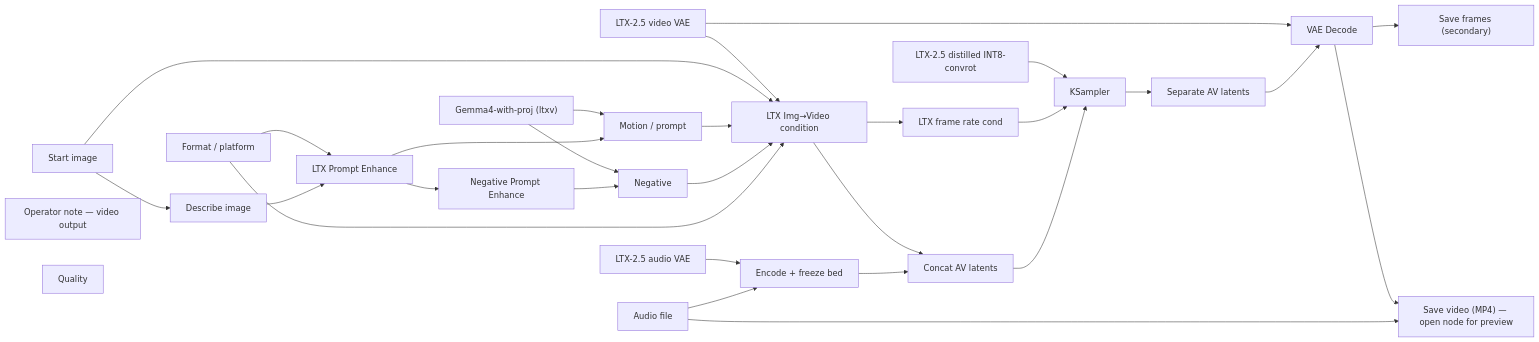
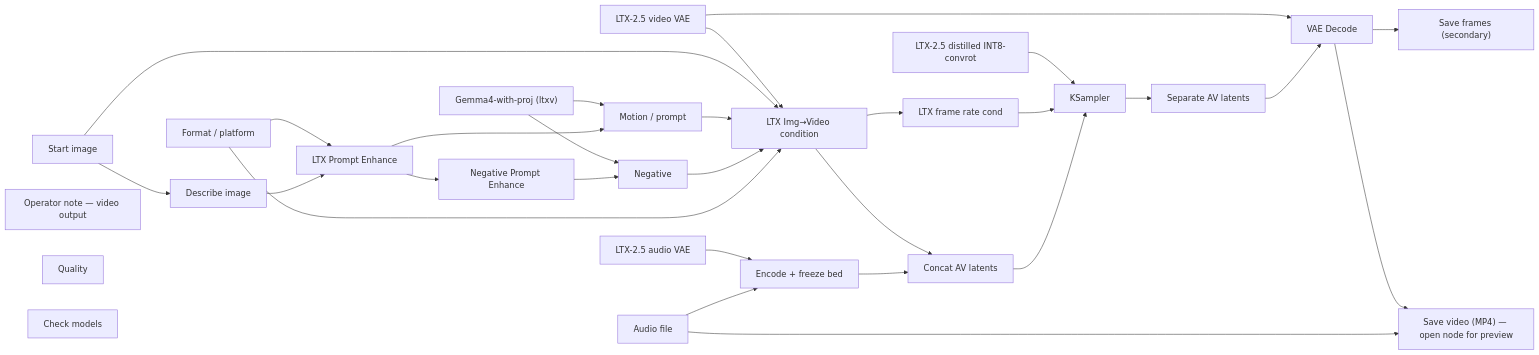
One commit to toxicoder/ez-comfy-stack changed the diagram in docs/generated/workflows/motion/av/audio-to-video-8s.md. Above: the diagram before and after it, drawn with Mermaid. The commit also changed other lines of this file and 1106 other files, not shown here.

First line of the commit message:
feat: add Check models node to every lab App

````diff
--- a/docs/generated/workflows/motion/av/audio-to-video-8s.md
+++ b/docs/generated/workflows/motion/av/audio-to-video-8s.md
@@ -58,53 +58,54 @@
 ```mermaid
 flowchart LR
   N1["LTX-2.5 distilled INT8-convrot"]
   N2["LTX-2.5 video VAE"]
   N3["Gemma4-with-proj (ltxv)"]
   N4["Start image"]
   N5["Motion / prompt"]
   N6["Negative"]
   N7["LTX Img→Video condition"]
   N8["LTX frame rate cond"]
   N9["KSampler"]
   N10["VAE Decode"]
   N12["Save frames (secondary)"]
   N13["LTX-2.5 audio VAE"]
   N15["Concat AV latents"]
   N16["Separate AV latents"]
   N17["Operator note — video output"]
   N18["Save video (MP4) — open node for preview"]
   N19["LTX Prompt Enhance"]
   N21["Negative Prompt Enhance"]
   N22["Audio file"]
   N23["Encode + freeze bed"]
   N24["Quality"]
   N25["Format / platform"]
   N26["Describe image"]
+  N27["Check models"]
   N1 --> N9
   N2 --> N7
   N2 --> N10
   N3 --> N5
   N3 --> N6
   N4 --> N7
   N4 --> N26
   N5 --> N7
   N6 --> N7
   N7 --> N8
   N7 --> N15
   N8 --> N9
   N9 --> N16
   N10 --> N12
   N10 --> N18
   N13 --> N23
   N15 --> N9
   N16 --> N10
   N19 --> N5
   N19 --> N21
   N21 --> N6
   N22 --> N23
   N22 --> N18
   N23 --> N15
   N25 --> N7
   N25 --> N19
   N26 --> N19
 ```
````
